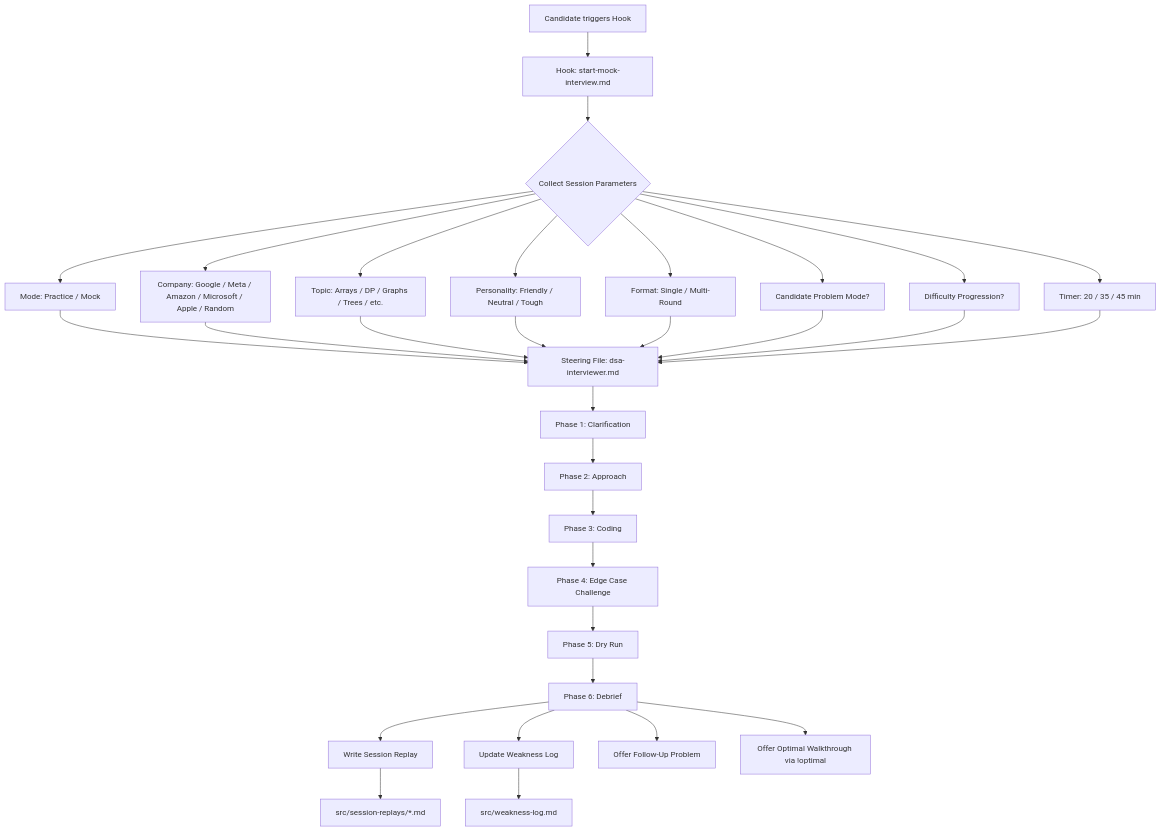
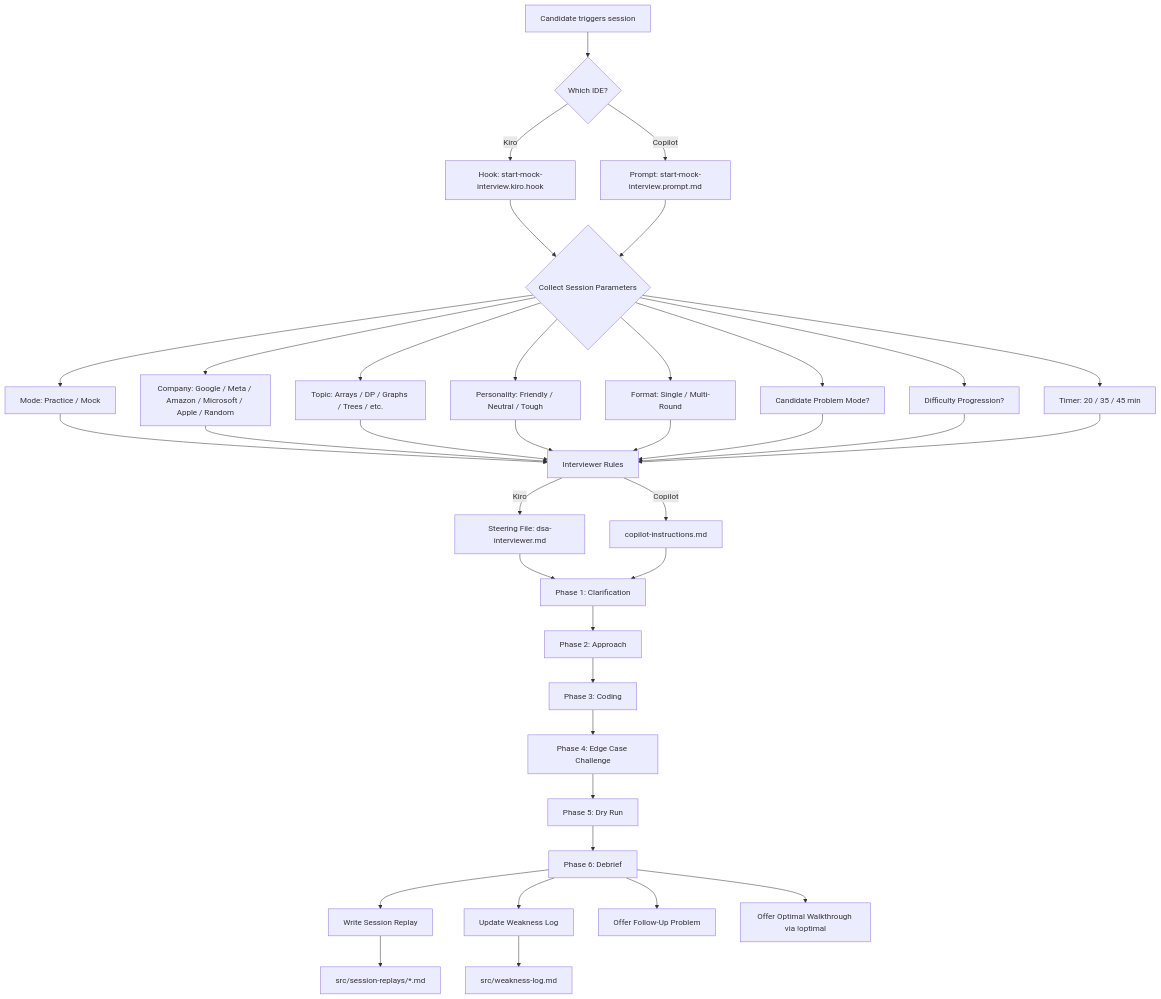
One commit to kartikth40/interview-sim changed the first of 2 diagrams in .kiro/specs/dsa-mock-interviewer/design.md. Above: the diagram before and after it, drawn with Mermaid. The commit also changed other lines of this file and 7 other files, not shown here.

Commit message:
generalize project for kiro + copilot support

````diff
--- a/.kiro/specs/dsa-mock-interviewer/design.md
+++ b/.kiro/specs/dsa-mock-interviewer/design.md
@@ -25,30 +34,36 @@
 ```mermaid
 graph TD
-    A[Candidate triggers Hook] --> B[Hook: start-mock-interview.md]
-    B --> C{Collect Session Parameters}
+    A[Candidate triggers session] --> B{Which IDE?}
+    B -->|Kiro| B1[Hook: start-mock-interview.kiro.hook]
+    B -->|Copilot| B2[Prompt: start-mock-interview.prompt.md]
+    B1 --> C{Collect Session Parameters}
+    B2 --> C
     C --> D[Mode: Practice / Mock]
     C --> E[Company: Google / Meta / Amazon / Microsoft / Apple / Random]
     C --> F[Topic: Arrays / DP / Graphs / Trees / etc.]
     C --> G[Personality: Friendly / Neutral / Tough]
     C --> H[Format: Single / Multi-Round]
     C --> I[Candidate Problem Mode?]
     C --> J[Difficulty Progression?]
     C --> K[Timer: 20 / 35 / 45 min]
     
-    D & E & F & G & H & I & J & K --> L[Steering File: dsa-interviewer.md]
+    D & E & F & G & H & I & J & K --> L[Interviewer Rules]
+    L -->|Kiro| L1[Steering File: dsa-interviewer.md]
+    L -->|Copilot| L2[copilot-instructions.md]
     
-    L --> M[Phase 1: Clarification]
+    L1 --> M[Phase 1: Clarification]
+    L2 --> M
     M --> N[Phase 2: Approach]
     N --> O[Phase 3: Coding]
     O --> P[Phase 4: Edge Case Challenge]
     P --> Q[Phase 5: Dry Run]
     Q --> R[Phase 6: Debrief]
     
     R --> S[Write Session Replay]
     R --> T[Update Weakness Log]
     R --> U[Offer Follow-Up Problem]
     R --> V[Offer Optimal Walkthrough via !optimal]
     
     S --> W[src/session-replays/*.md]
     T --> X[src/weakness-log.md]
 ```
````
